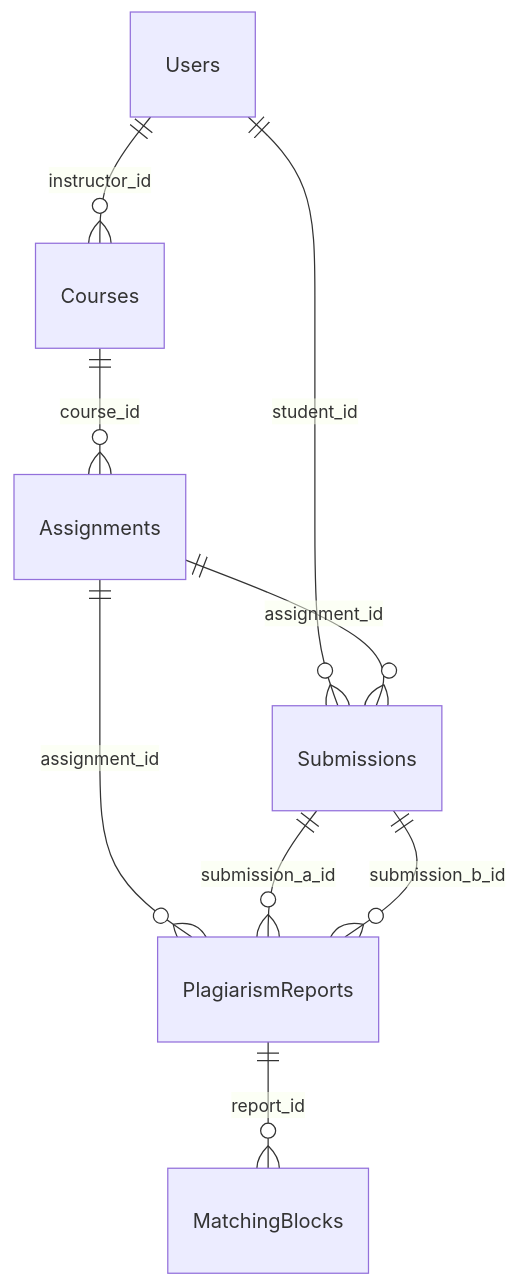
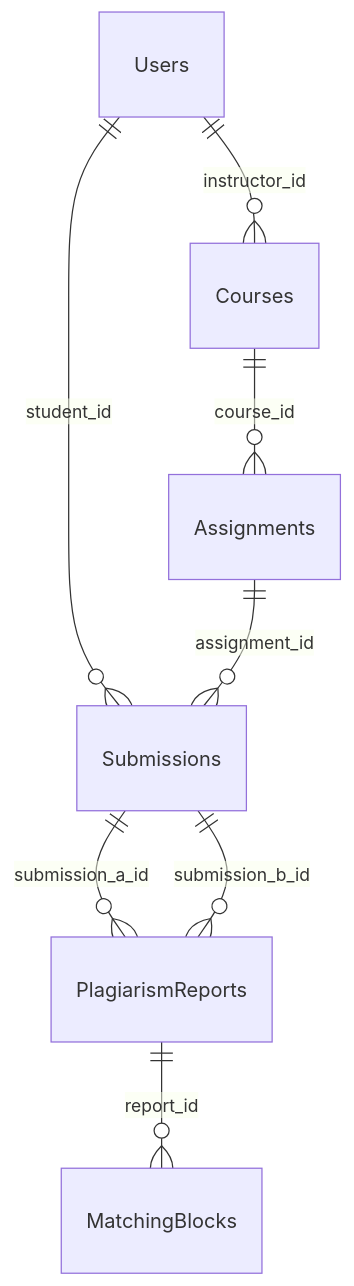
Before and after one commit to Phucstack/aita-plagiarism-detection: the diagram in DEMO_TUAN_1_3.md, drawn with Mermaid. The commit also changed other lines of this file and 58 other files, not shown here.

````diff
--- a/DEMO_TUAN_1_3.md
+++ b/DEMO_TUAN_1_3.md
@@ -38,11 +42,10 @@
 ```mermaid
 erDiagram
     Users ||--o{ Courses : instructor_id
     Users ||--o{ Submissions : student_id
     Courses ||--o{ Assignments : course_id
     Assignments ||--o{ Submissions : assignment_id
-    Assignments ||--o{ PlagiarismReports : assignment_id
     Submissions ||--o{ PlagiarismReports : submission_a_id
     Submissions ||--o{ PlagiarismReports : submission_b_id
     PlagiarismReports ||--o{ MatchingBlocks : report_id
 ```
````
